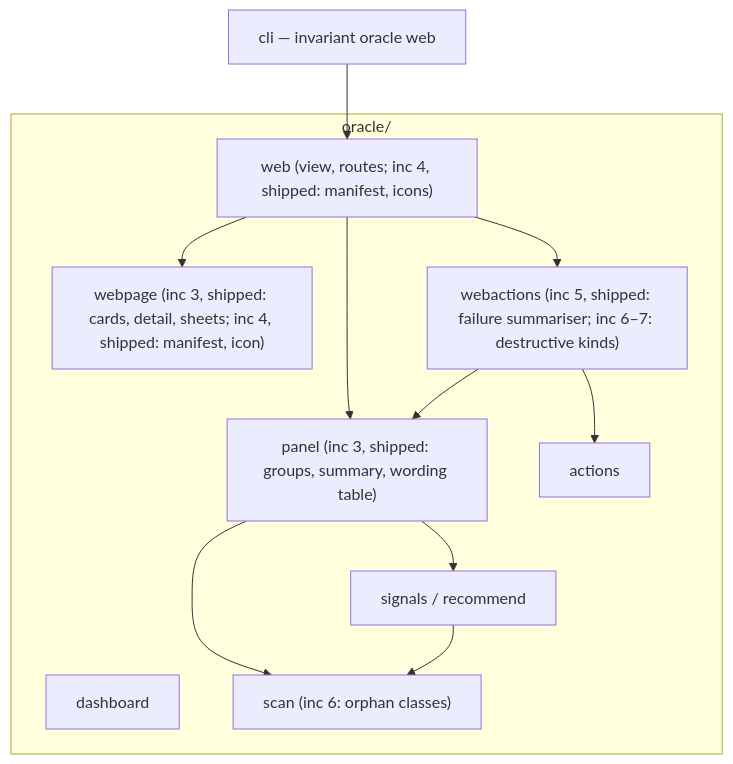
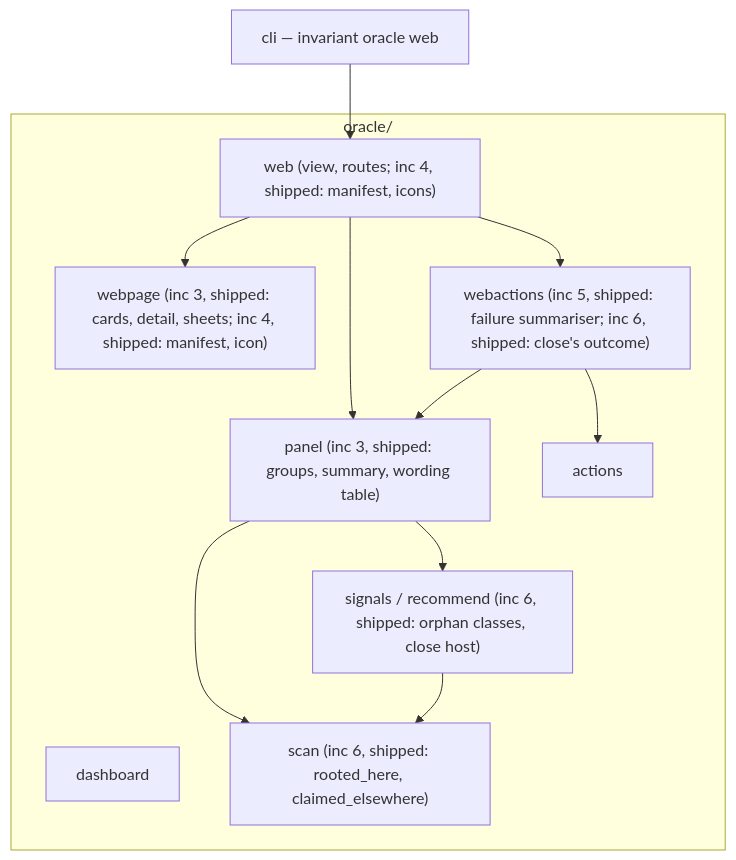
The first of 2 diagrams in docs/architecture/oracle-panel.md (Mindchallenges/Invariant), drawn with Mermaid before and after one commit. The commit also changed other lines of this file and 23 other files, not shown here.

First line of the commit message:
Oracle - close a leftover Claude host and its Terminal tab from the panel (IDEA_027 inc 6)

````diff
--- a/docs/architecture/oracle-panel.md
+++ b/docs/architecture/oracle-panel.md
@@ -36,23 +37,23 @@
 ```mermaid
 graph TD
     CLI[cli — invariant oracle web]
     subgraph oracle["oracle/"]
         WEB["web (view, routes; inc 4, shipped: manifest, icons)"]
         PANEL["panel (inc 3, shipped: groups, summary, wording table)"]
         WEBPAGE["webpage (inc 3, shipped: cards, detail, sheets; inc 4, shipped: manifest, icon)"]
-        WEBACT["webactions (inc 5, shipped: failure summariser; inc 6–7: destructive kinds)"]
+        WEBACT["webactions (inc 5, shipped: failure summariser; inc 6, shipped: close's outcome)"]
         ACTIONS[actions]
         DASH[dashboard]
-        SIGNALS["signals / recommend"]
-        SCAN["scan (inc 6: orphan classes)"]
+        SIGNALS["signals / recommend (inc 6, shipped: orphan classes, close host)"]
+        SCAN["scan (inc 6, shipped: rooted_here, claimed_elsewhere)"]
     end
     CLI --> WEB
     WEB --> PANEL
     WEB --> WEBPAGE
     WEB --> WEBACT
     PANEL --> SCAN
     PANEL --> SIGNALS
     WEBACT --> PANEL
     WEBACT --> ACTIONS
     SIGNALS --> SCAN
 ```
````
